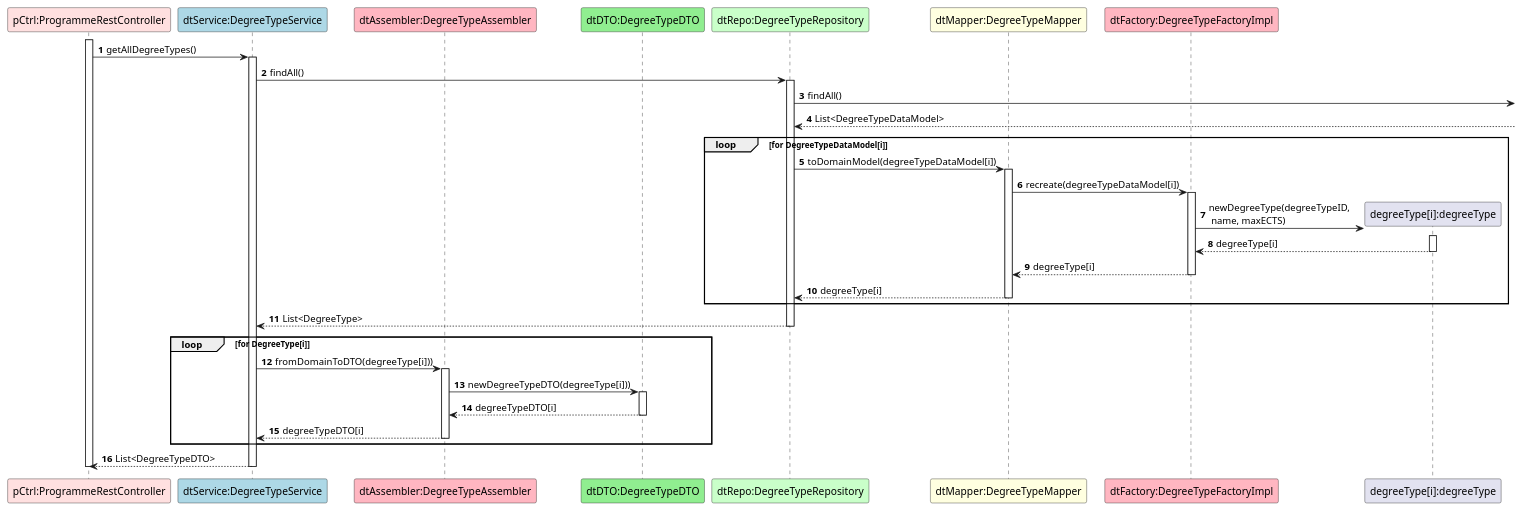
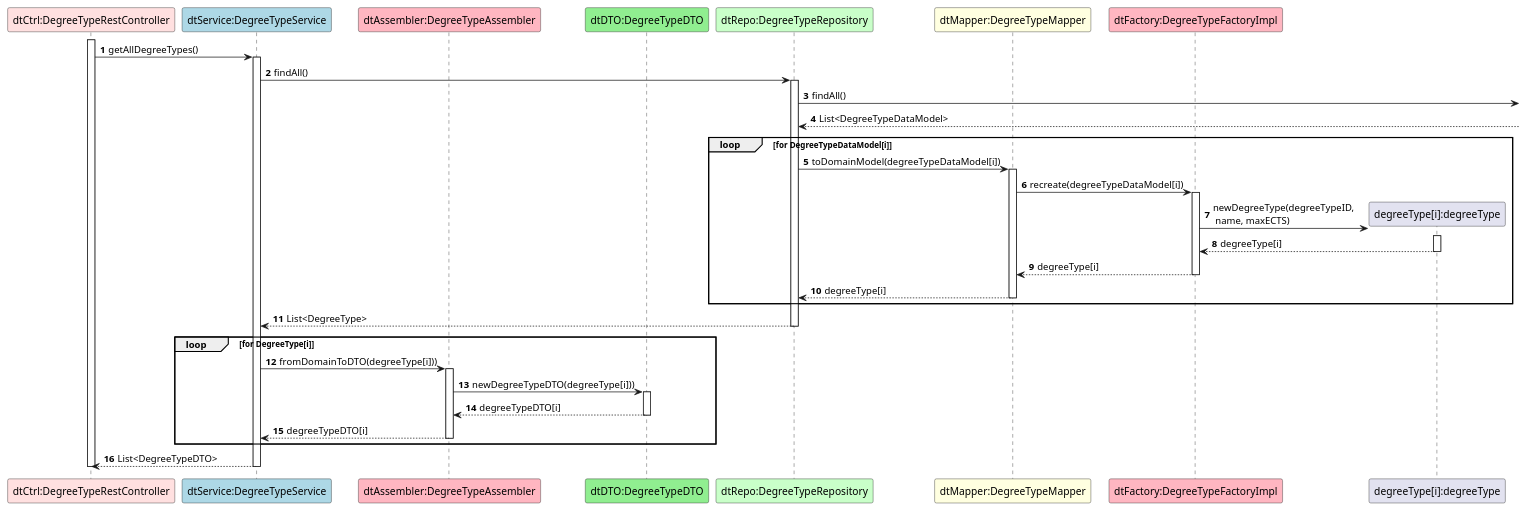
One commit to GasparISEP/DevOps-PAI changed the diagram in docs/US31/ScenarioView/References/Ref-getAllDegreeTypes.puml. Above: the diagram before and after it, drawn with PlantUML. The commit also changed 3 other files, not shown here.

Commit message:
Fix #653: Correction of RestController names in ScenarioView Level 4 diagrams and references for RegistarAProgrammeInTheSystem funcionality

```diff
--- a/docs/US31/ScenarioView/References/Ref-getAllDegreeTypes.puml
+++ b/docs/US31/ScenarioView/References/Ref-getAllDegreeTypes.puml
@@ -1,41 +1,41 @@
 @startuml
 autonumber
 
-participant "pCtrl:ProgrammeRestController" as C #implementation
+participant "dtCtrl:DegreeTypeRestController" as C #implementation
 participant "dtService:DegreeTypeService" as DTS #lightblue
 participant "dtAssembler:DegreeTypeAssembler" as DTA #lightpink
 participant "dtDTO:DegreeTypeDTO" as DTDTO #lightgreen
 participant "dtRepo:DegreeTypeRepository" as DTR #technology
 participant "dtMapper:DegreeTypeMapper" as M #lightyellow
 participant "dtFactory:DegreeTypeFactoryImpl" as F #lightpink
 participant "degreeType[i]:degreeType" as DT
 
 activate C
 C -> DTS ++: getAllDegreeTypes()
 
 DTS -> DTR ++: findAll()
 
 DTR -> : findAll()
 DTR <-- : List<DegreeTypeDataModel>
 
 loop for DegreeTypeDataModel[i]
 DTR -> M ++: toDomainModel(degreeTypeDataModel[i])
 M -> F ++: recreate(degreeTypeDataModel[i])
 F -> DT**: newDegreeType(degreeTypeID, \n name, maxECTS)
 activate DT
 DT --> F --: degreeType[i]
 F --> M --: degreeType[i]
 M --> DTR --: degreeType[i]
 end
 
 DTR --> DTS --: List<DegreeType>
 loop for DegreeType[i]
 DTS -> DTA ++ :fromDomainToDTO(degreeType[i]))
 DTA -> DTDTO ++: newDegreeTypeDTO(degreeType[i]))
 DTDTO --> DTA --: degreeTypeDTO[i]
 DTA --> DTS --: degreeTypeDTO[i]
 end
 DTS --> C --: List<DegreeTypeDTO>
 deactivate C
 
 @enduml
```
